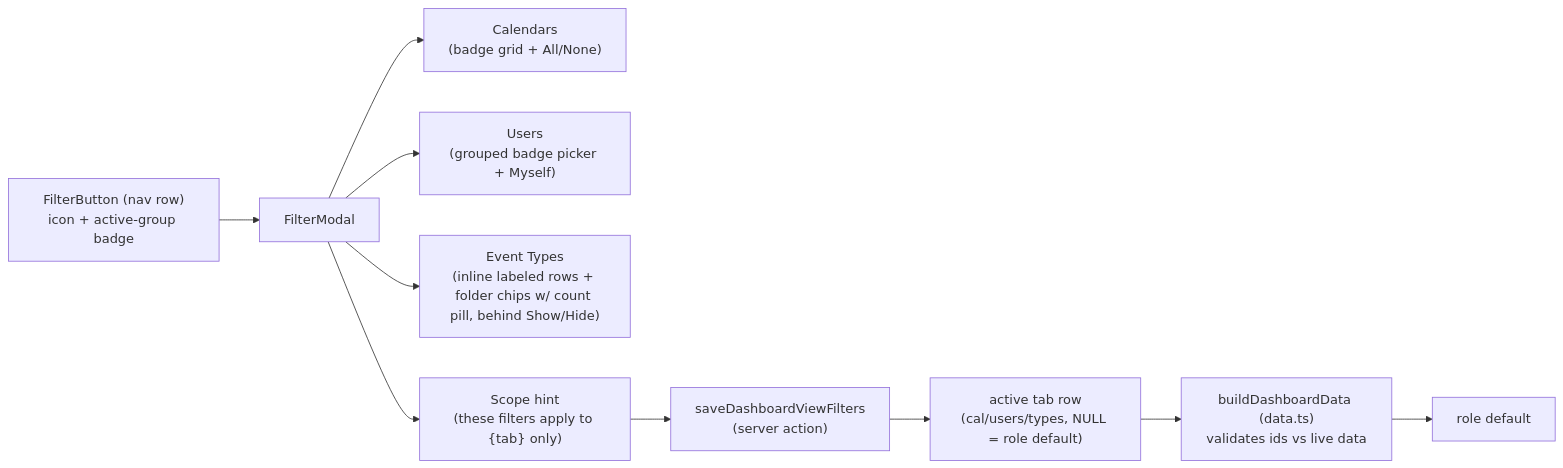
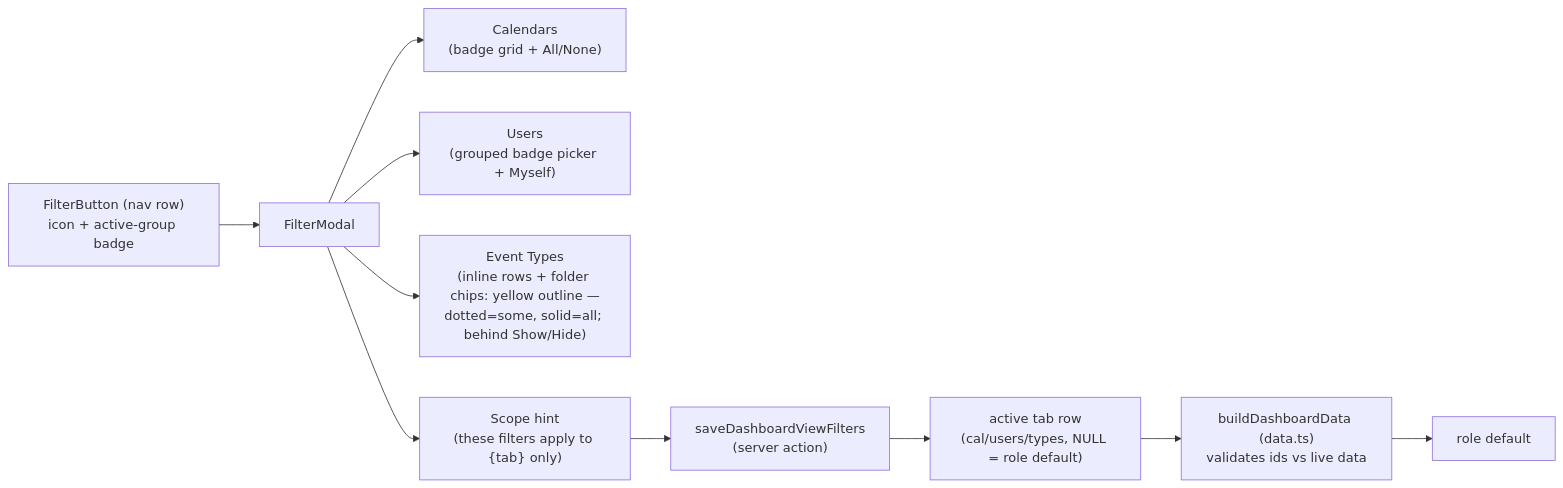
One commit to oncloudnintynineone-source/cloudy2 changed the second of 9 diagrams in docs/dashboard-views.md. Above: the diagram before and after it, drawn with Mermaid. The commit also changed other lines of this file and 15 other files, not shown here.

Commit message:
Drop Type-step Selected banner; folder pills mark some/all with dotted/solid yellow outline

````diff
--- a/docs/dashboard-views.md
+++ b/docs/dashboard-views.md
@@ -599,12 +599,12 @@
 ```mermaid
 flowchart LR
  FB["FilterButton (nav row)<br/>icon + active-group badge"] --> FM["FilterModal"]
  FM --> CAL["Calendars<br/>(badge grid + All/None)"]
  FM --> US["Users<br/>(grouped badge picker + Myself)"]
- FM --> ET["Event Types<br/>(inline labeled rows + folder chips w/ count pill, behind Show/Hide)"]
+ FM --> ET["Event Types<br/>(inline rows + folder chips: yellow outline —<br/>dotted=some, solid=all; behind Show/Hide)"]
  FM --> HINT["Scope hint<br/>(these filters apply to {tab} only)"]
  HINT --> APPLY["saveDashboardViewFilters<br/>(server action)"]
  APPLY --> ROW["active tab row<br/>(cal/users/types, NULL = role default)"]
  ROW --> RESOLVE["buildDashboardData (data.ts)<br/>validates ids vs live data"]
  RESOLVE --> DEF["role default"]
 ```
````
